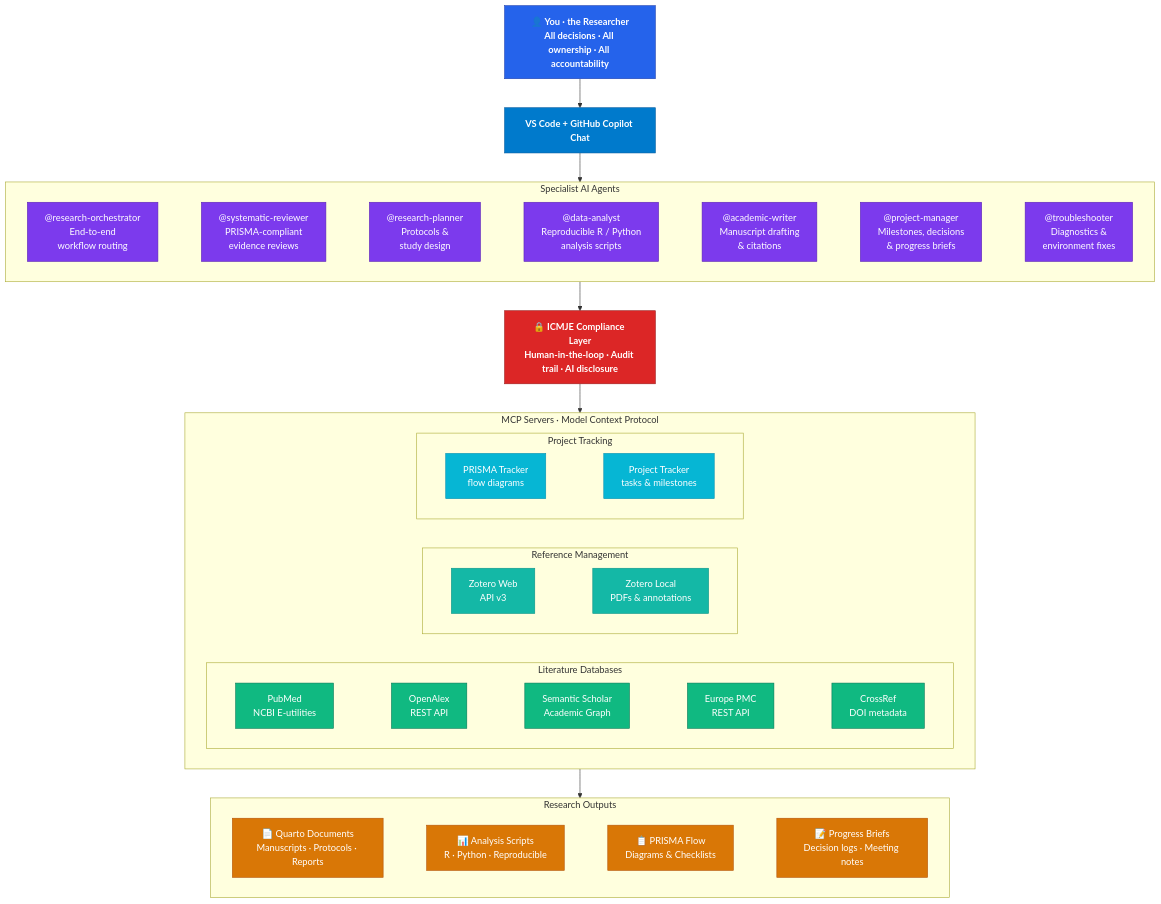
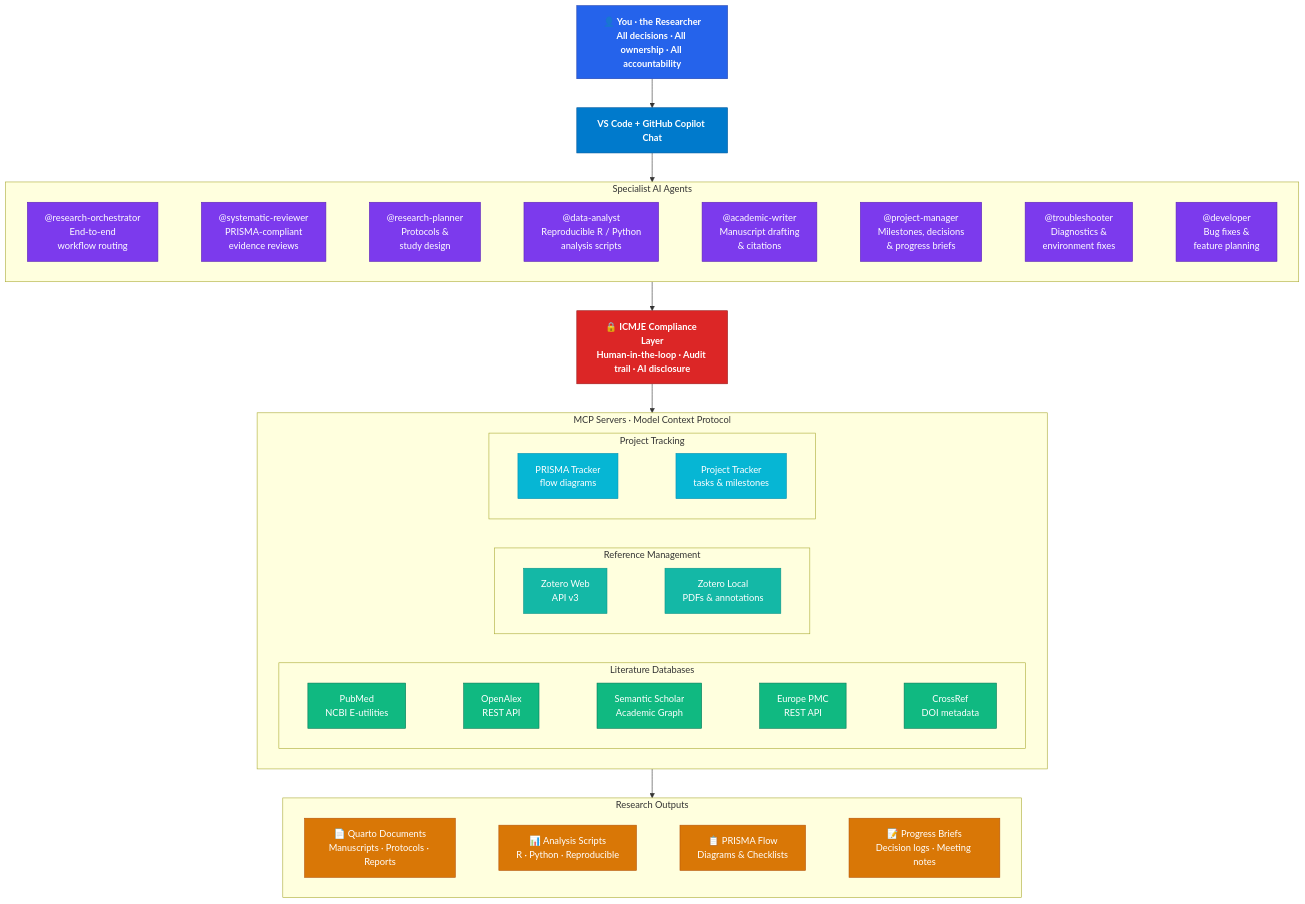
Before and after one commit to andre-inter-collab-llc/research-workflow-assistant: the diagram in README.md, drawn with Mermaid. The commit also changed other lines of this file and 14 other files, not shown here.

First line of the commit message:
Enhance Research Workflow Assistant with Developer Agent and Result Storage

````diff
--- a/README.md
+++ b/README.md
@@ -43,63 +44,63 @@
 ```mermaid
 graph TB
     YOU["👤 You · the Researcher<br/>All decisions · All ownership · All accountability"]
 
     VSCODE["VS Code + GitHub Copilot Chat"]
 
     YOU --> VSCODE
 
     subgraph AGENTS["Specialist AI Agents"]
         direction LR
-        ORCH["@research-orchestrator<br/>End-to-end<br/>workflow routing"] ~~~ SR["@systematic-reviewer<br/>PRISMA-compliant<br/>evidence reviews"] ~~~ RP["@research-planner<br/>Protocols &<br/>study design"] ~~~ DA["@data-analyst<br/>Reproducible R / Python<br/>analysis scripts"] ~~~ AW["@academic-writer<br/>Manuscript drafting<br/>& citations"] ~~~ PM["@project-manager<br/>Milestones, decisions<br/>& progress briefs"] ~~~ TS["@troubleshooter<br/>Diagnostics &<br/>environment fixes"]
+        ORCH["@research-orchestrator<br/>End-to-end<br/>workflow routing"] ~~~ SR["@systematic-reviewer<br/>PRISMA-compliant<br/>evidence reviews"] ~~~ RP["@research-planner<br/>Protocols &<br/>study design"] ~~~ DA["@data-analyst<br/>Reproducible R / Python<br/>analysis scripts"] ~~~ AW["@academic-writer<br/>Manuscript drafting<br/>& citations"] ~~~ PM["@project-manager<br/>Milestones, decisions<br/>& progress briefs"] ~~~ TS["@troubleshooter<br/>Diagnostics &<br/>environment fixes"] ~~~ DEV["@developer<br/>Bug fixes &<br/>feature planning"]
     end
 
     VSCODE --> AGENTS
 
     ICMJE["🔒 ICMJE Compliance Layer<br/>Human-in-the-loop · Audit trail · AI disclosure"]
 
     AGENTS --> ICMJE
 
     subgraph MCP["MCP Servers · Model Context Protocol"]
         direction LR
         subgraph LITERATURE["Literature Databases"]
             direction LR
             PUB["PubMed<br/>NCBI E-utilities"] ~~~ OA["OpenAlex<br/>REST API"] ~~~ SS["Semantic Scholar<br/>Academic Graph"] ~~~ EPMC["Europe PMC<br/>REST API"] ~~~ CR["CrossRef<br/>DOI metadata"]
         end
         subgraph REFERENCE["Reference Management"]
             direction LR
             ZOT["Zotero Web<br/>API v3"] ~~~ ZLOC["Zotero Local<br/>PDFs & annotations"]
         end
         subgraph TRACKING["Project Tracking"]
             direction LR
             PRISMA["PRISMA Tracker<br/>flow diagrams"] ~~~ PROJ["Project Tracker<br/>tasks & milestones"]
         end
     end
 
     ICMJE --> MCP
 
     subgraph OUTPUTS["Research Outputs"]
         direction LR
         QMD["📄 Quarto Documents<br/>Manuscripts · Protocols · Reports"] ~~~ SCRIPTS["📊 Analysis Scripts<br/>R · Python · Reproducible"] ~~~ PFLOW["📋 PRISMA Flow<br/>Diagrams & Checklists"] ~~~ BRIEFS["📝 Progress Briefs<br/>Decision logs · Meeting notes"]
     end
 
     MCP --> OUTPUTS
 
     %% ── Styles ──
     classDef researcher fill:#2563eb,stroke:#1e40af,color:#fff,font-weight:bold
     classDef vscode fill:#007acc,stroke:#005a9e,color:#fff,font-weight:bold
     classDef agent fill:#7c3aed,stroke:#5b21b6,color:#fff
     classDef compliance fill:#dc2626,stroke:#991b1b,color:#fff,font-weight:bold
     classDef litdb fill:#10b981,stroke:#047857,color:#fff
     classDef refmgmt fill:#14b8a6,stroke:#0d9488,color:#fff
     classDef tracking fill:#06b6d4,stroke:#0891b2,color:#fff
     classDef output fill:#d97706,stroke:#b45309,color:#fff
 
     class YOU researcher
     class VSCODE vscode
-    class ORCH,SR,RP,DA,AW,PM,TS agent
+    class ORCH,SR,RP,DA,AW,PM,TS,DEV agent
     class ICMJE compliance
     class PUB,OA,SS,EPMC,CR litdb
     class ZOT,ZLOC refmgmt
     class PRISMA,PROJ tracking
     class QMD,SCRIPTS,PFLOW,BRIEFS output
 ```
````
